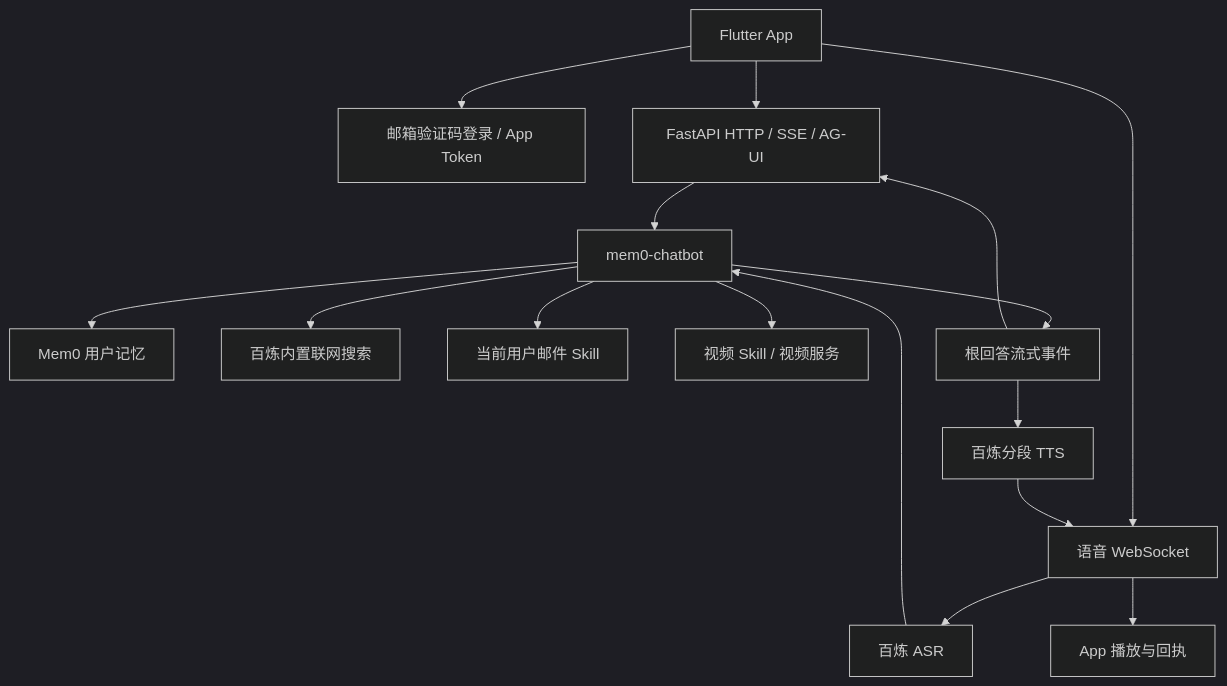
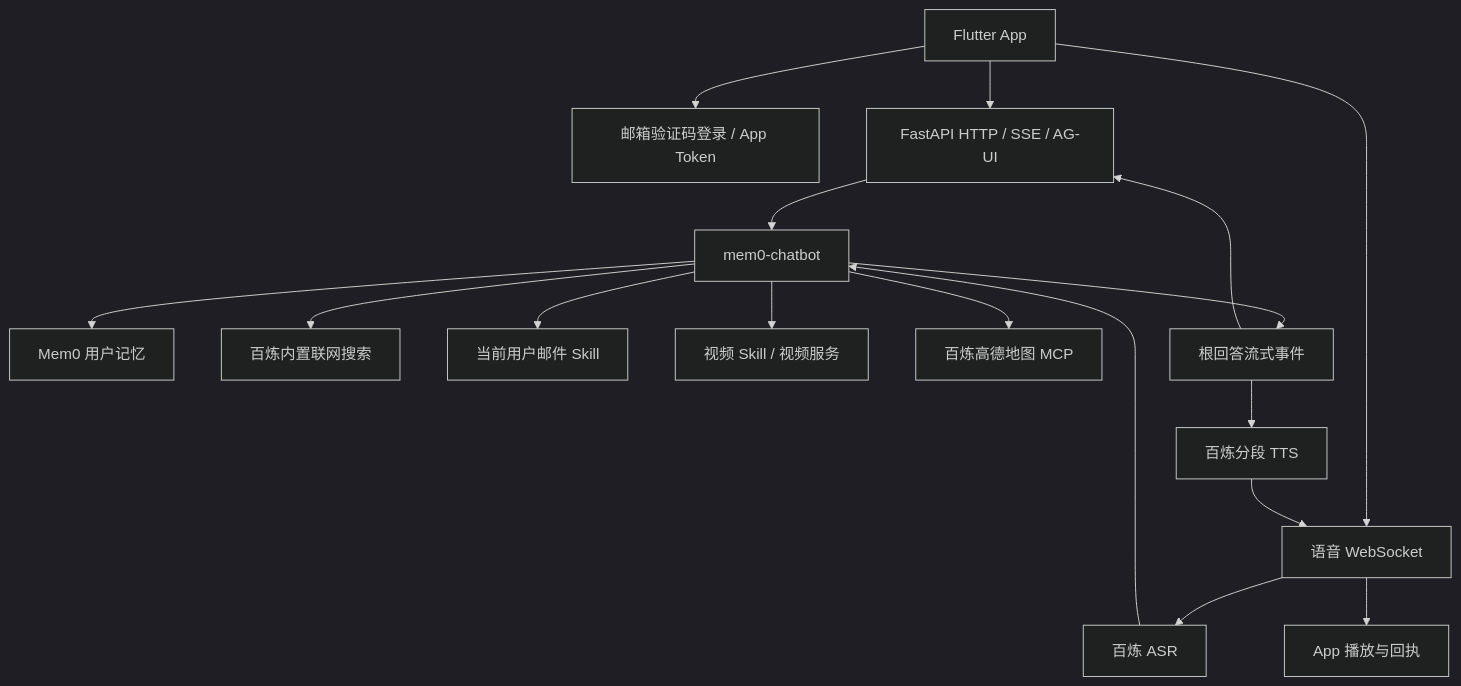
Before and after one commit to coderpwh1024/agent-voice-server: the diagram in README.md, drawn with Mermaid (dark theme). The commit also changed other lines of this file and 28 other files, not shown here.

````diff
--- a/README.md
+++ b/README.md
@@ -22,18 +22,19 @@
 ```mermaid
 flowchart TD
     App[Flutter App] --> Login[邮箱验证码登录 / App Token]
     App --> HTTP[FastAPI HTTP / SSE / AG-UI]
     App --> WS[语音 WebSocket]
     WS --> ASR[百炼 ASR]
     ASR --> Main[mem0-chatbot]
     HTTP --> Main
     Main --> Memory[Mem0 用户记忆]
     Main --> Search[百炼内置联网搜索]
     Main --> Email[当前用户邮件 Skill]
     Main --> Video[视频 Skill / 视频服务]
+    Main --> Maps[百炼高德地图 MCP]
     Main --> Text[根回答流式事件]
     Text --> HTTP
     Text --> TTS[百炼分段 TTS]
     TTS --> WS
     WS --> Playback[App 播放与回执]
 ```
````
